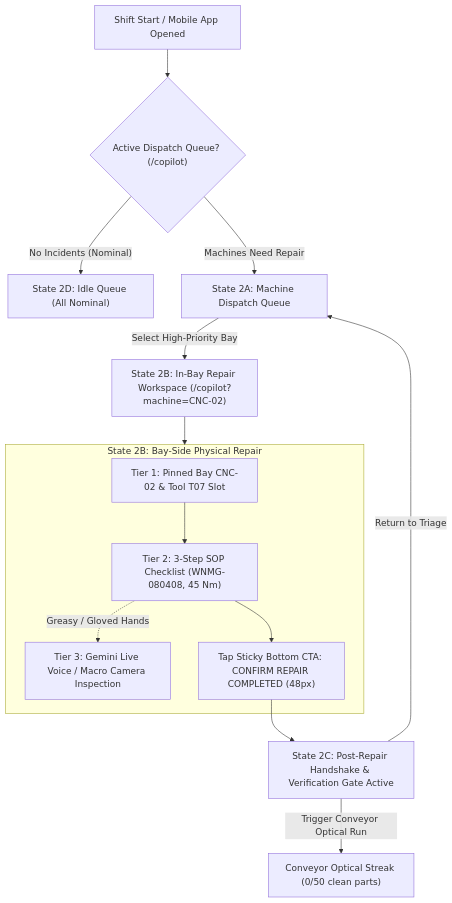
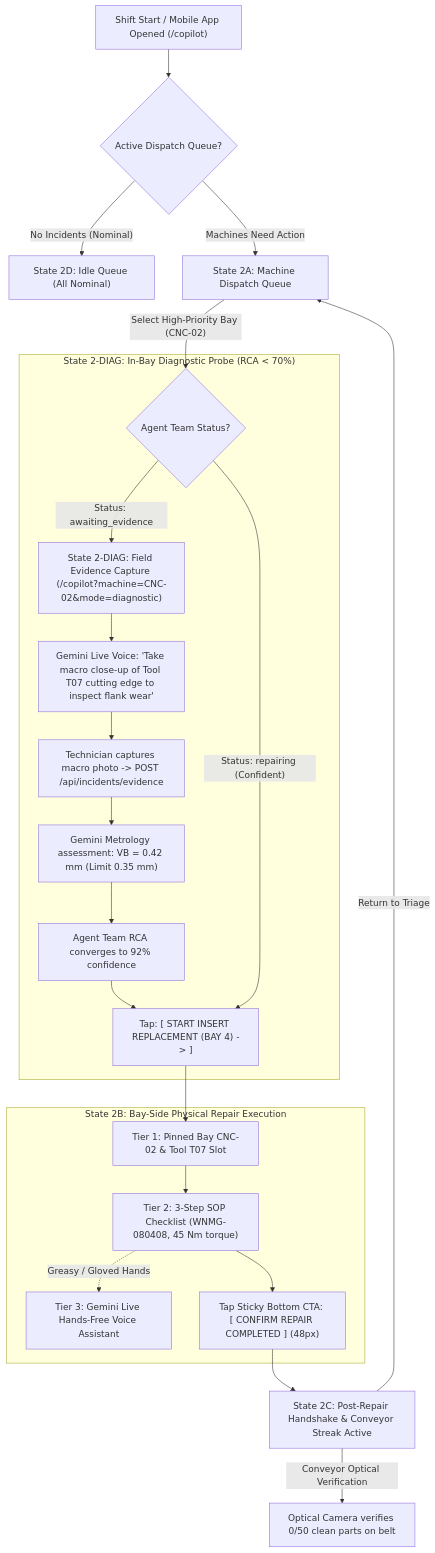
Before and after one commit to vanduc2514/hackathon-builder-cup-manufacturing-anomaly: the diagram in docs/wireframes/02_technician_copilot.md, drawn with Mermaid. The commit also changed other lines of this file and 9 other files, not shown here.

````diff
--- a/docs/wireframes/02_technician_copilot.md
+++ b/docs/wireframes/02_technician_copilot.md
@@ -15,18 +16,28 @@
 ```mermaid
 flowchart TD
-    A["Shift Start / Mobile App Opened"] --> B{"Active Dispatch Queue? (/copilot)"}
+    A["Shift Start / Mobile App Opened (/copilot)"] --> B{"Active Dispatch Queue?"}
     B -->|"No Incidents (Nominal)"| C["State 2D: Idle Queue (All Nominal)"]
-    B -->|"Machines Need Repair"| D["State 2A: Machine Dispatch Queue"]
-    D -->|"Select High-Priority Bay"| E["State 2B: In-Bay Repair Workspace (/copilot?machine=CNC-02)"]
+    B -->|"Machines Need Action"| D["State 2A: Machine Dispatch Queue"]
+    D -->|"Select High-Priority Bay (CNC-02)"| E{"Agent Team Status?"}
     
-    subgraph S2B ["State 2B: Bay-Side Physical Repair"]
-        E1["Tier 1: Pinned Bay CNC-02 & Tool T07 Slot"] --> E2["Tier 2: 3-Step SOP Checklist (WNMG-080408, 45 Nm)"]
-        E2 -.->|"Greasy / Gloved Hands"| E3["Tier 3: Gemini Live Voice / Macro Camera Inspection"]
-        E2 --> E4["Tap Sticky Bottom CTA: CONFIRM REPAIR COMPLETED (48px)"]
+    subgraph S2_DIAG ["State 2-DIAG: In-Bay Diagnostic Probe (RCA < 70%)"]
+        E -->|"Status: awaiting_evidence"| F["State 2-DIAG: Field Evidence Capture (/copilot?machine=CNC-02&mode=diagnostic)"]
+        F --> F1["Gemini Live Voice: 'Take macro close-up of Tool T07 cutting edge to inspect flank wear'"]
+        F1 --> F2["Technician captures macro photo -> POST /api/incidents/evidence"]
+        F2 --> F3["Gemini Metrology assessment: VB = 0.42 mm (Limit 0.35 mm)"]
+        F3 --> F4["Agent Team RCA converges to 92% confidence"]
+        F4 --> G["Tap: [ START INSERT REPLACEMENT (BAY 4) -> ]"]
     end
     
-    E --> S2B
-    E4 --> F["State 2C: Post-Repair Handshake & Verification Gate Active"]
-    F -->|"Trigger Conveyor Optical Run"| G["Conveyor Optical Streak (0/50 clean parts)"]
-    F -->|"Return to Triage"| D
+    subgraph S2B ["State 2B: Bay-Side Physical Repair Execution"]
+        E -->|"Status: repairing (Confident)"| G
+        G --> H1["Tier 1: Pinned Bay CNC-02 & Tool T07 Slot"]
+        H1 --> H2["Tier 2: 3-Step SOP Checklist (WNMG-080408, 45 Nm torque)"]
+        H2 -.->|"Greasy / Gloved Hands"| H3["Tier 3: Gemini Live Hands-Free Voice Assistant"]
+        H2 --> H4["Tap Sticky Bottom CTA: [ CONFIRM REPAIR COMPLETED ] (48px)"]
+    end
+    
+    H4 --> I["State 2C: Post-Repair Handshake & Conveyor Streak Active"]
+    I -->|"Conveyor Optical Verification"| J["Optical Camera verifies 0/50 clean parts on belt"]
+    I -->|"Return to Triage"| D
 ```
````
